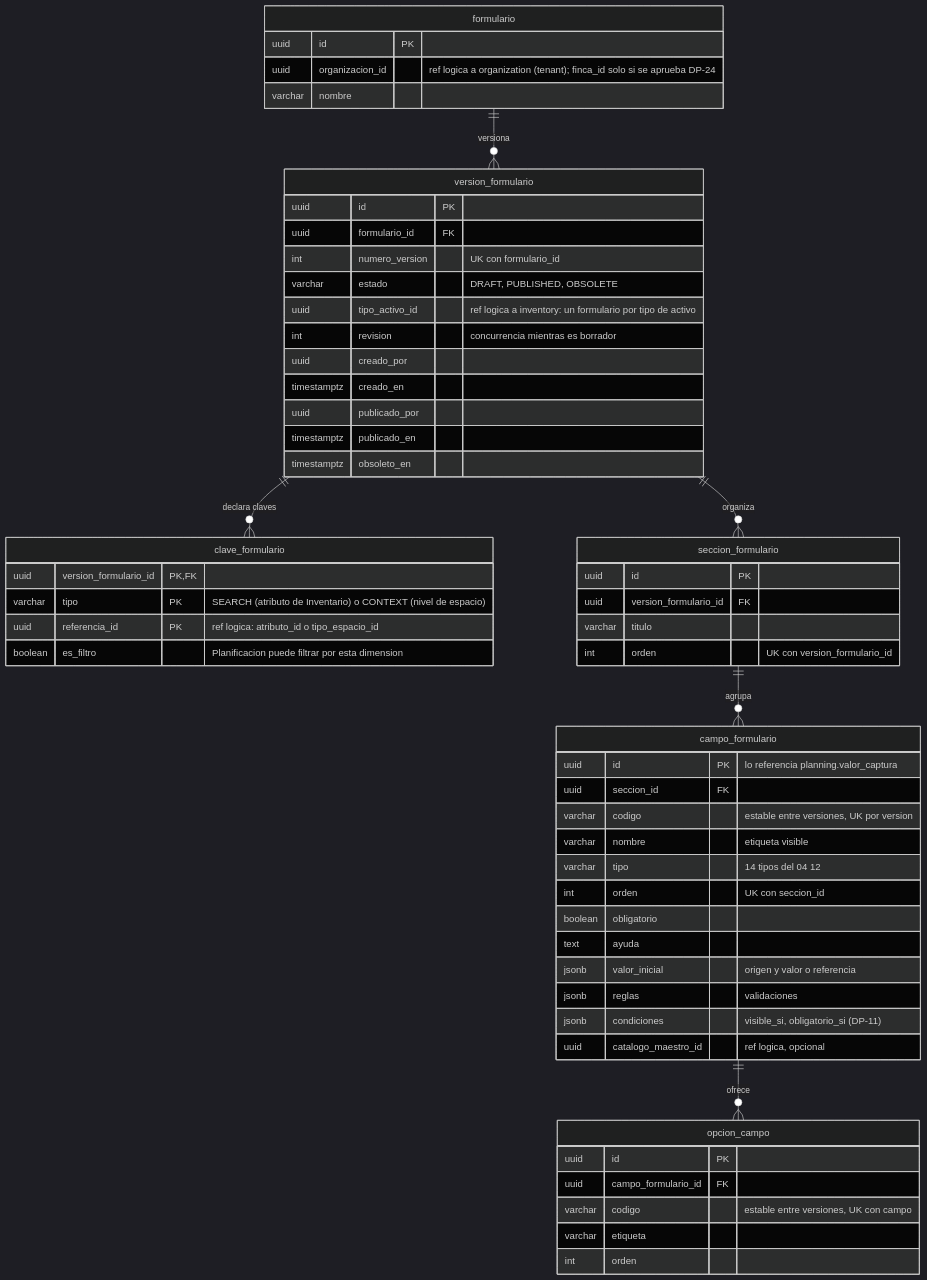
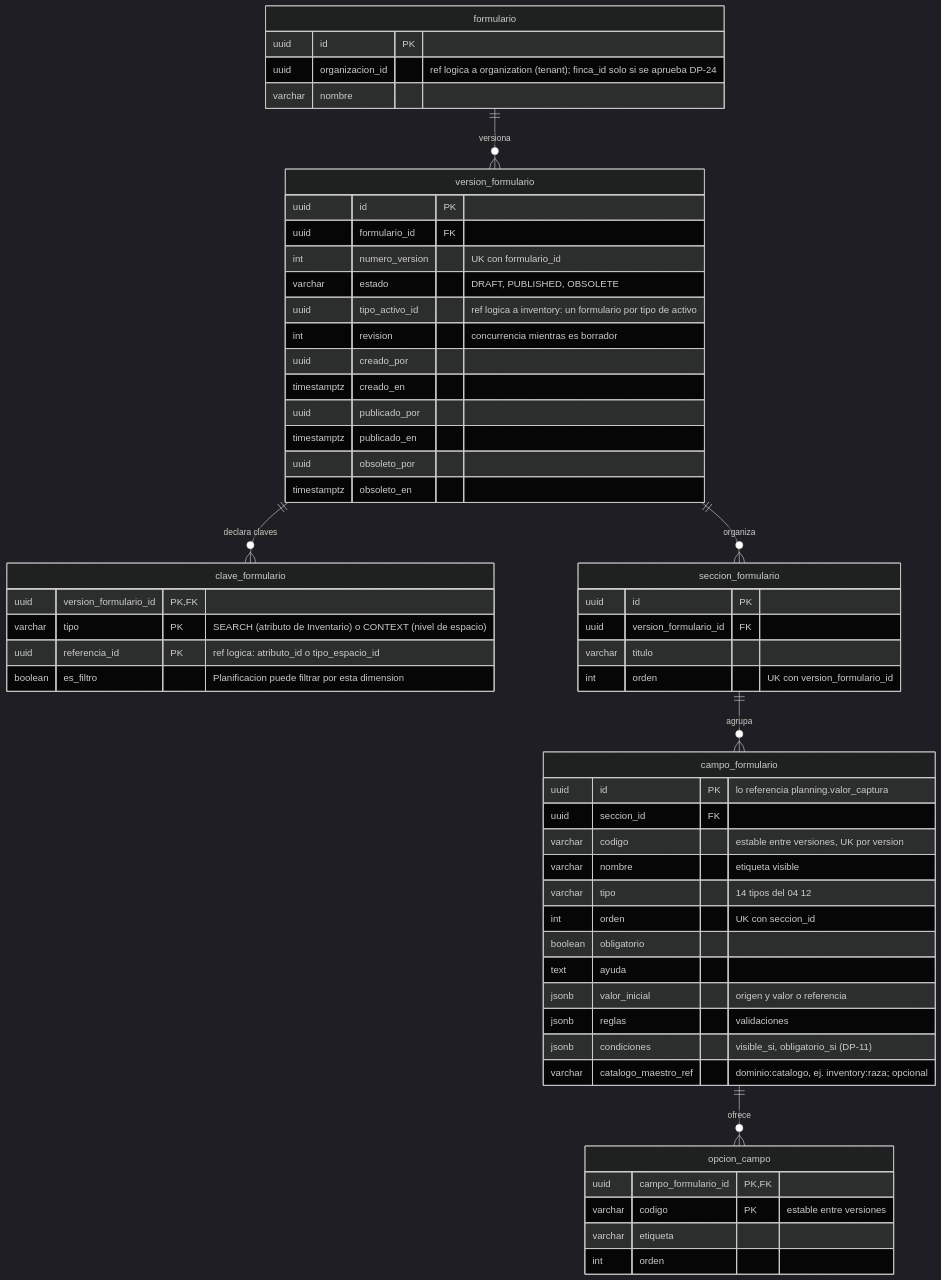
The diagram in modelo-datos/formularios.md (miguelpdv-lgtm/Ganus-contexto), drawn with Mermaid (dark theme) before and after one commit. The commit also changed other lines of this file and 11 other files, not shown here.

````diff
--- a/modelo-datos/formularios.md
+++ b/modelo-datos/formularios.md
@@ -18,60 +19,60 @@
 ```mermaid
 erDiagram
     formulario ||--o{ version_formulario : "versiona"
     version_formulario ||--o{ clave_formulario : "declara claves"
     version_formulario ||--o{ seccion_formulario : "organiza"
     seccion_formulario ||--o{ campo_formulario : "agrupa"
     campo_formulario ||--o{ opcion_campo : "ofrece"
 
     formulario {
         uuid id PK
         uuid organizacion_id "ref logica a organization (tenant); finca_id solo si se aprueba DP-24"
         varchar nombre
     }
     version_formulario {
         uuid id PK
         uuid formulario_id FK
         int numero_version "UK con formulario_id"
         varchar estado "DRAFT, PUBLISHED, OBSOLETE"
         uuid tipo_activo_id "ref logica a inventory: un formulario por tipo de activo"
         int revision "concurrencia mientras es borrador"
         uuid creado_por
         timestamptz creado_en
         uuid publicado_por
         timestamptz publicado_en
+        uuid obsoleto_por
         timestamptz obsoleto_en
     }
     clave_formulario {
         uuid version_formulario_id PK, FK
         varchar tipo PK "SEARCH (atributo de Inventario) o CONTEXT (nivel de espacio)"
         uuid referencia_id PK "ref logica: atributo_id o tipo_espacio_id"
         boolean es_filtro "Planificacion puede filtrar por esta dimension"
     }
     seccion_formulario {
         uuid id PK
         uuid version_formulario_id FK
         varchar titulo
         int orden "UK con version_formulario_id"
     }
     campo_formulario {
         uuid id PK "lo referencia planning.valor_captura"
         uuid seccion_id FK
         varchar codigo "estable entre versiones, UK por version"
         varchar nombre "etiqueta visible"
         varchar tipo "14 tipos del 04 12"
         int orden "UK con seccion_id"
         boolean obligatorio
         text ayuda
         jsonb valor_inicial "origen y valor o referencia"
         jsonb reglas "validaciones"
         jsonb condiciones "visible_si, obligatorio_si (DP-11)"
-        uuid catalogo_maestro_id "ref logica, opcional"
+        varchar catalogo_maestro_ref "dominio:catalogo, ej. inventory:raza; opcional"
     }
     opcion_campo {
-        uuid id PK
-        uuid campo_formulario_id FK
-        varchar codigo "estable entre versiones, UK con campo"
+        uuid campo_formulario_id PK, FK
+        varchar codigo PK "estable entre versiones"
         varchar etiqueta
         int orden
     }
 ```
````
